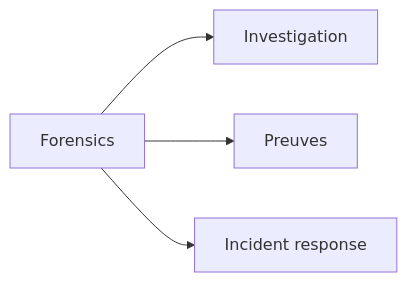
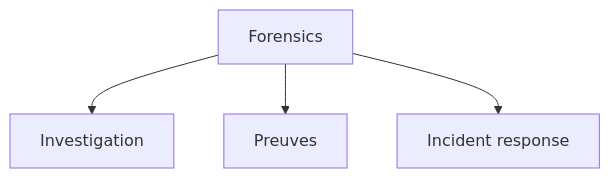
Before and after one commit to zyrass/omnydocs: diagram 16 of 42 in docs/glossaire/cybersecurite.md, drawn with Mermaid. The commit also changed other lines of this file and 1780 other files, not shown here.

````diff
--- a/docs/glossaire/cybersecurite.md
+++ b/docs/glossaire/cybersecurite.md
@@ -330,6 +396,6 @@
-    ```mermaid
-    graph LR
-        A[Forensics] --> B[Investigation]
-        A --> C[Preuves]
-        A --> D[Incident response]
-    ```
+```mermaid
+graph TB
+    A[Forensics] --> B[Investigation]
+    A --> C[Preuves]
+    A --> D[Incident response]
+```
````
